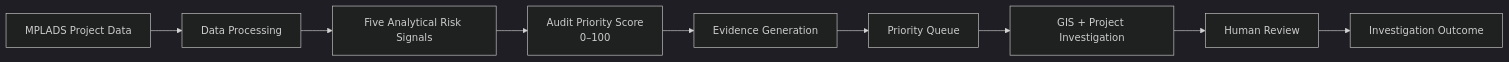
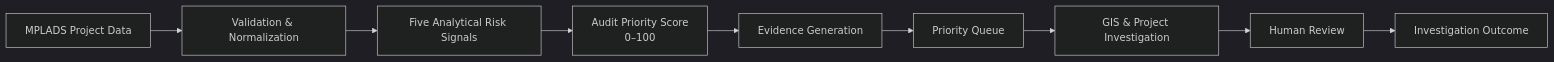
One commit to the-nidhi-bhat/mplads-sentinel changed the first of 19 diagrams in README.md. Above: the diagram before and after it, drawn with Mermaid (dark theme). The commit also changed other lines of this file, not shown here.

````diff
--- a/README.md
+++ b/README.md
@@ -38,20 +52,12 @@
 ```mermaid
 flowchart LR
-
     A["MPLADS Project Data"]
-    --> B["Data Processing"]
-
-    B --> C["Five Analytical Risk Signals"]
-
-    C --> D["Audit Priority Score<br/>0–100"]
-
-    D --> E["Evidence Generation"]
-
-    E --> F["Priority Queue"]
-
-    F --> G["GIS + Project Investigation"]
-
-    G --> H["Human Review"]
-
-    H --> I["Investigation Outcome"]
+    --> B["Validation & Normalization"]
+    --> C["Five Analytical Risk Signals"]
+    --> D["Audit Priority Score<br/>0–100"]
+    --> E["Evidence Generation"]
+    --> F["Priority Queue"]
+    --> G["GIS & Project Investigation"]
+    --> H["Human Review"]
+    --> I["Investigation Outcome"]
 ```
````
